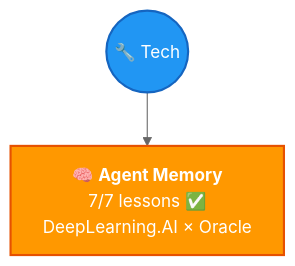
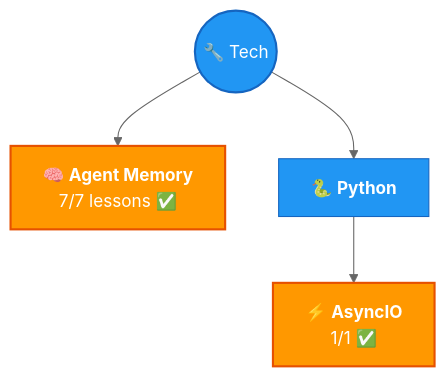
One commit to AyushSonuu/my-memory changed the diagram in tech/README.md. Above: the diagram before and after it, drawn with Mermaid (neutral theme). The commit also changed other lines of this file and 7 other files, not shown here.

Commit message:
🗺️ full Tier 2 sync: all maps, READMEs, timeline, connections — 2 topics, GitHub Pages ready

````diff
--- a/tech/README.md
+++ b/tech/README.md
@@ -5,10 +5,12 @@
 ```mermaid
 graph TB
     T(("🔧 Tech"))
-    T --> AM["🧠 <b>Agent Memory</b><br/>7/7 lessons ✅<br/>DeepLearning.AI × Oracle"]
+    T --> AM["🧠 <b>Agent Memory</b><br/>7/7 lessons ✅"]
+    T --> PY["🐍 <b>Python</b>"]
+    PY --> AIO["⚡ <b>AsyncIO</b><br/>1/1 ✅"]
 
     style T fill:#2196f3,color:#fff,stroke:#1565c0,stroke-width:2px
     style AM fill:#ff9800,color:#fff,stroke:#e65100,stroke-width:2px
-
-    click AM "./agent-memory/"
+    style PY fill:#2196f3,color:#fff,stroke:#1565c0
+    style AIO fill:#ff9800,color:#fff,stroke:#e65100,stroke-width:2px
 ```
````
